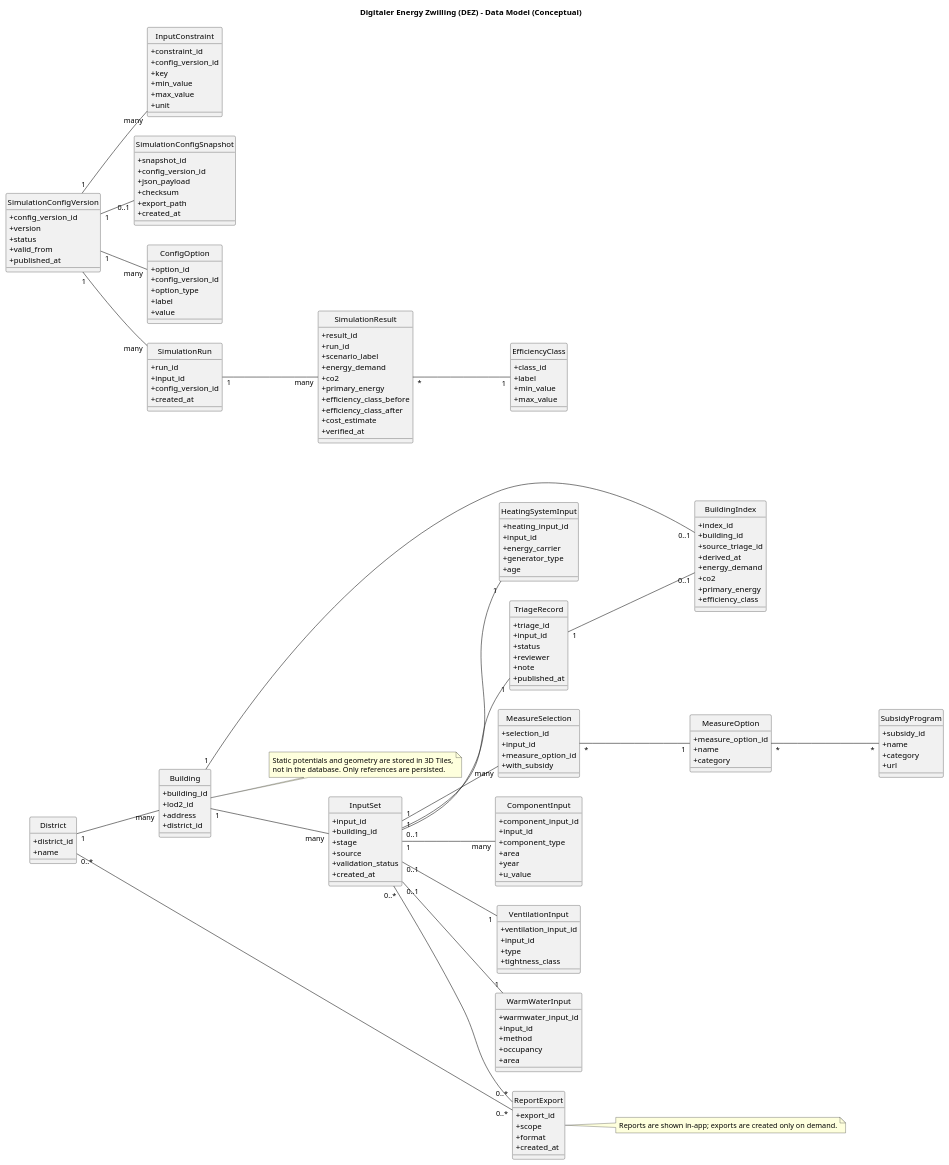
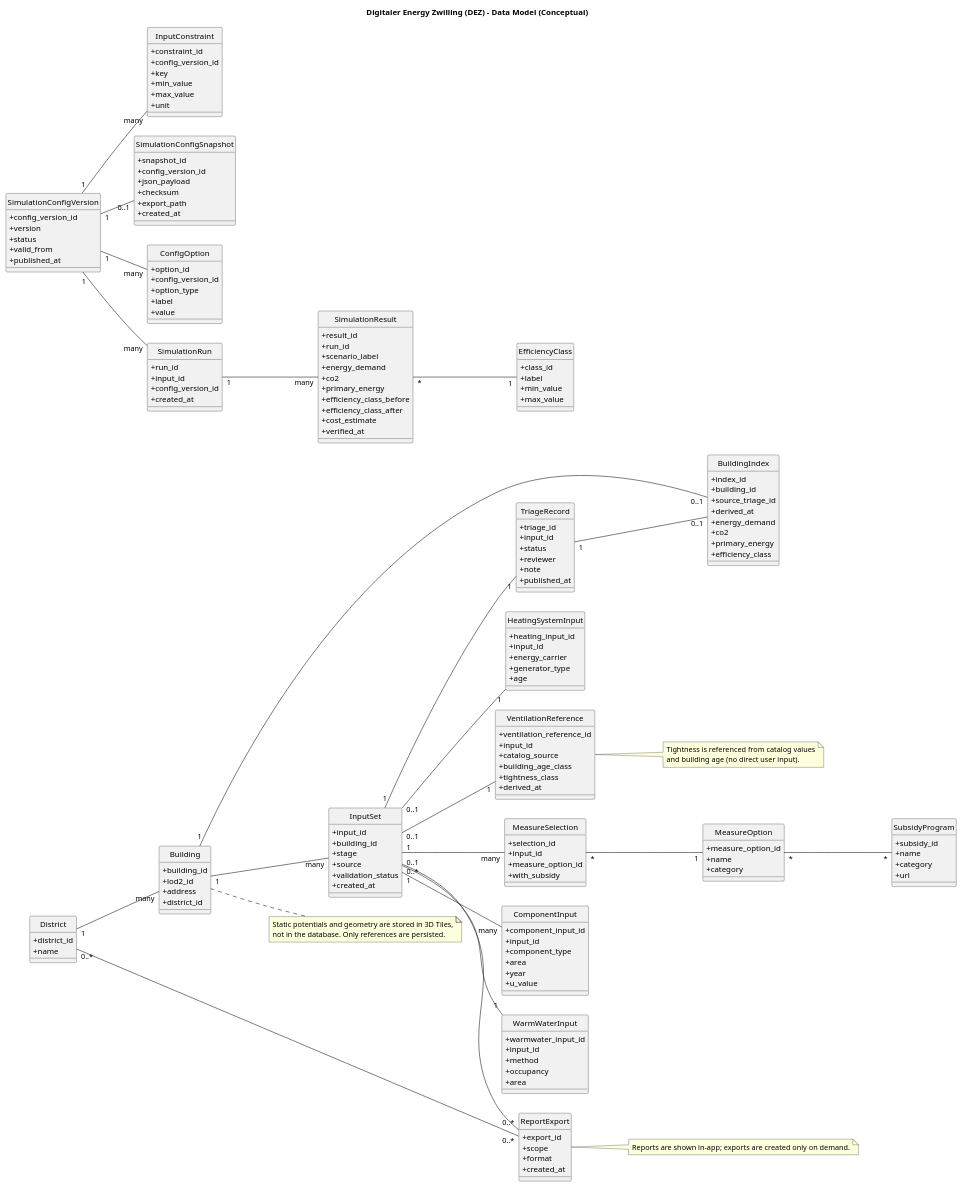
The diagram in docs/architecture/raw/data-model.puml (csi-FOXBYTE/Regensburg_DigitalerEnergieZwilling_Backend), drawn with PlantUML before and after one commit. The commit also changed 24 other files, not shown here.

```diff
--- a/docs/architecture/raw/data-model.puml
+++ b/docs/architecture/raw/data-model.puml
@@ -35,11 +35,13 @@
   +u_value
 }
 
-class VentilationInput {
-  +ventilation_input_id
+class VentilationReference {
+  +ventilation_reference_id
   +input_id
-  +type
+  +catalog_source
+  +building_age_class
   +tightness_class
+  +derived_at
 }
 
 class WarmWaterInput {
@@ -170,7 +172,7 @@
 Building "1" -- "many" InputSet
 
 InputSet "1" -- "many" ComponentInput
-InputSet "0..1" -- "1" VentilationInput
+InputSet "0..1" -- "1" VentilationReference
 InputSet "0..1" -- "1" WarmWaterInput
 InputSet "0..1" -- "1" HeatingSystemInput
 
@@ -200,4 +202,9 @@
 Reports are shown in-app; exports are created only on demand.
 end note
 
+note right of VentilationReference
+Tightness is referenced from catalog values
+and building age (no direct user input).
+end note
+
 @enduml
```
